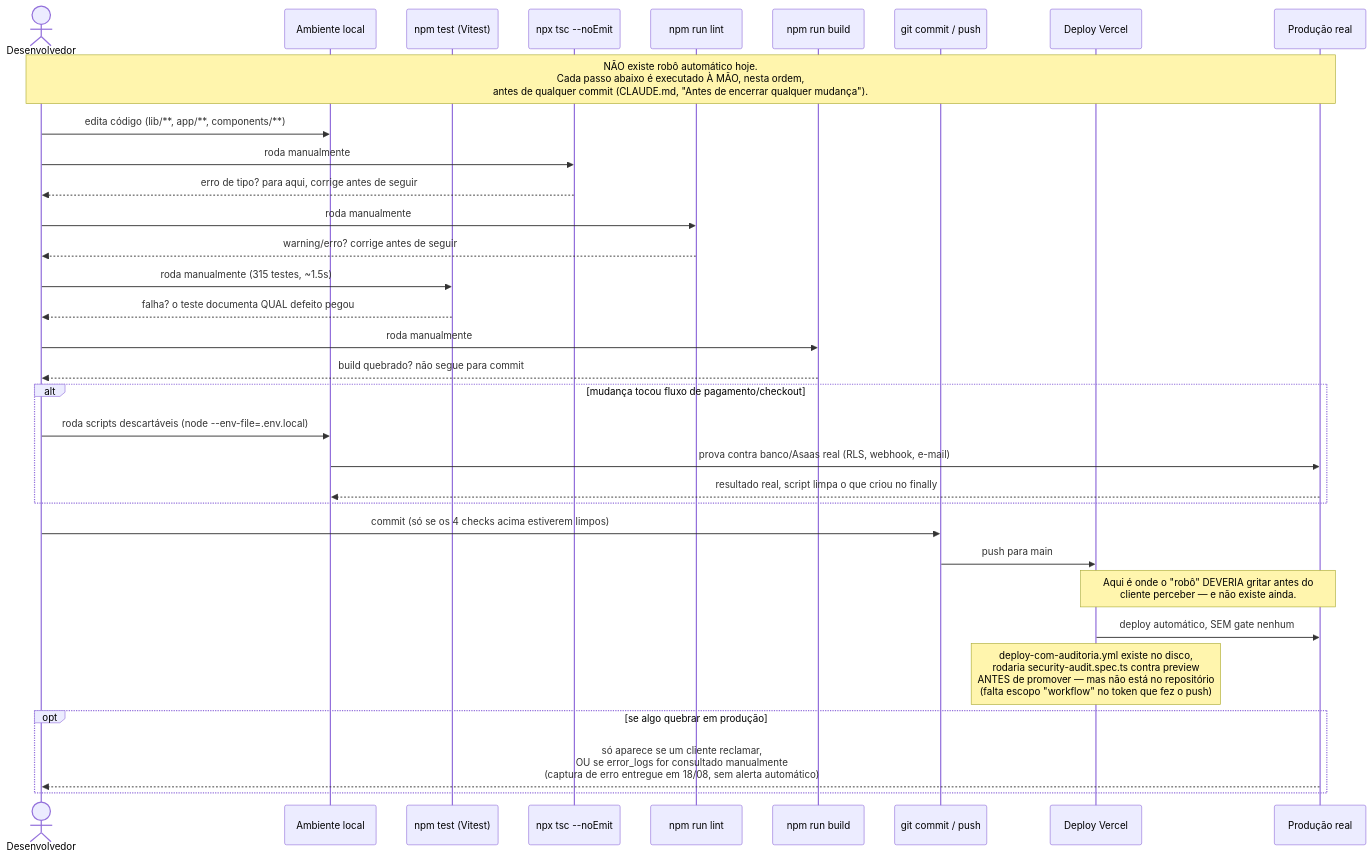
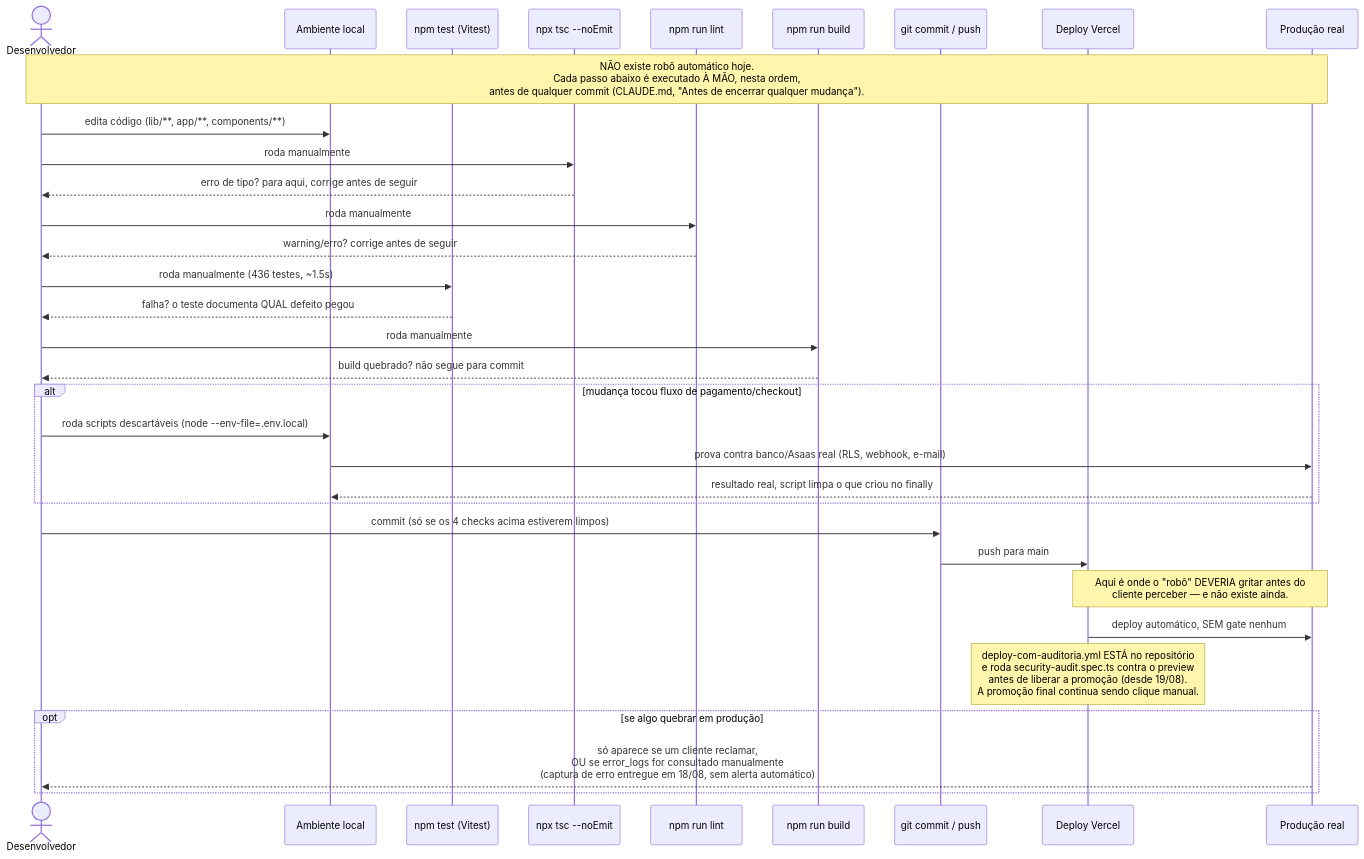
The second of 2 diagrams in docs/testes.md (rickcruzzz/closify-crm), drawn with Mermaid before and after one commit. The commit also changed other lines of this file and 1 other file, not shown here.

````diff
--- a/docs/testes.md
+++ b/docs/testes.md
@@ -140,42 +140,42 @@
 ```mermaid
 sequenceDiagram
     actor Dev as Desenvolvedor
     participant Local as Ambiente local
     participant Vitest as npm test (Vitest)
     participant TSC as npx tsc --noEmit
     participant Lint as npm run lint
     participant Build as npm run build
     participant Git as git commit / push
     participant Vercel as Deploy Vercel
     participant Prod as Produção real
 
     Note over Dev,Prod: NÃO existe robô automático hoje.<br/>Cada passo abaixo é executado À MÃO, nesta ordem,<br/>antes de qualquer commit (CLAUDE.md, "Antes de encerrar qualquer mudança").
 
     Dev->>Local: edita código (lib/**, app/**, components/**)
     Dev->>TSC: roda manualmente
     TSC-->>Dev: erro de tipo? para aqui, corrige antes de seguir
     Dev->>Lint: roda manualmente
     Lint-->>Dev: warning/erro? corrige antes de seguir
-    Dev->>Vitest: roda manualmente (315 testes, ~1.5s)
+    Dev->>Vitest: roda manualmente (436 testes, ~1.5s)
     Vitest-->>Dev: falha? o teste documenta QUAL defeito pegou
     Dev->>Build: roda manualmente
     Build-->>Dev: build quebrado? não segue para commit
 
     alt mudança tocou fluxo de pagamento/checkout
         Dev->>Local: roda scripts descartáveis (node --env-file=.env.local)
         Local->>Prod: prova contra banco/Asaas real (RLS, webhook, e-mail)
         Prod-->>Local: resultado real, script limpa o que criou no finally
     end
 
     Dev->>Git: commit (só se os 4 checks acima estiverem limpos)
     Git->>Vercel: push para main
 
     Note over Vercel,Prod: Aqui é onde o "robô" DEVERIA gritar antes do<br/>cliente perceber — e não existe ainda.
 
     Vercel->>Prod: deploy automático, SEM gate nenhum
-    Note over Vercel: deploy-com-auditoria.yml existe no disco,<br/>rodaria security-audit.spec.ts contra preview<br/>ANTES de promover — mas não está no repositório<br/>(falta escopo "workflow" no token que fez o push)
+    Note over Vercel: deploy-com-auditoria.yml ESTÁ no repositório<br/>e roda security-audit.spec.ts contra o preview<br/>antes de liberar a promoção (desde 19/08).<br/>A promoção final continua sendo clique manual.
 
     opt se algo quebrar em produção
         Prod-->>Dev: só aparece se um cliente reclamar,<br/>OU se error_logs for consultado manualmente<br/>(captura de erro entregue em 18/08, sem alerta automático)
     end
 ```
````
